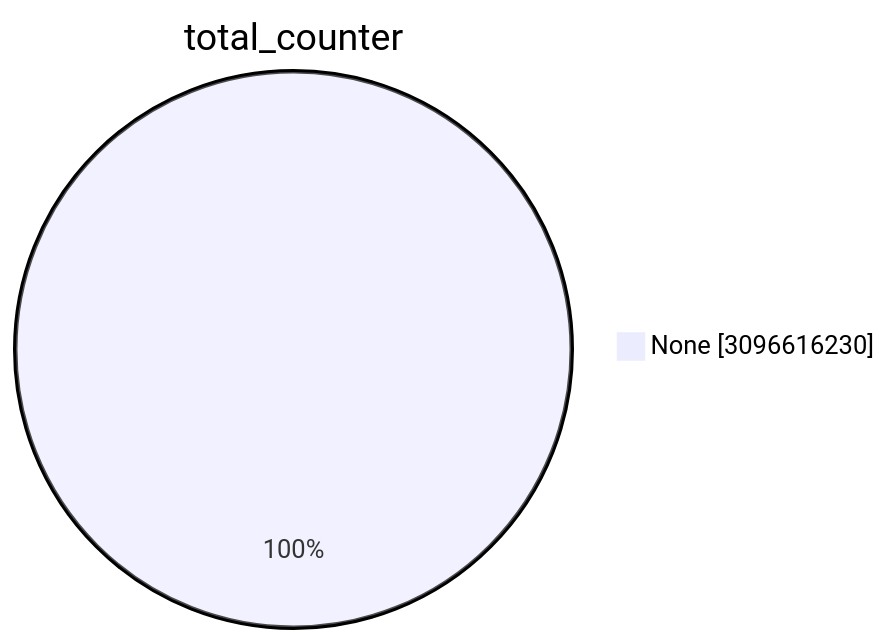
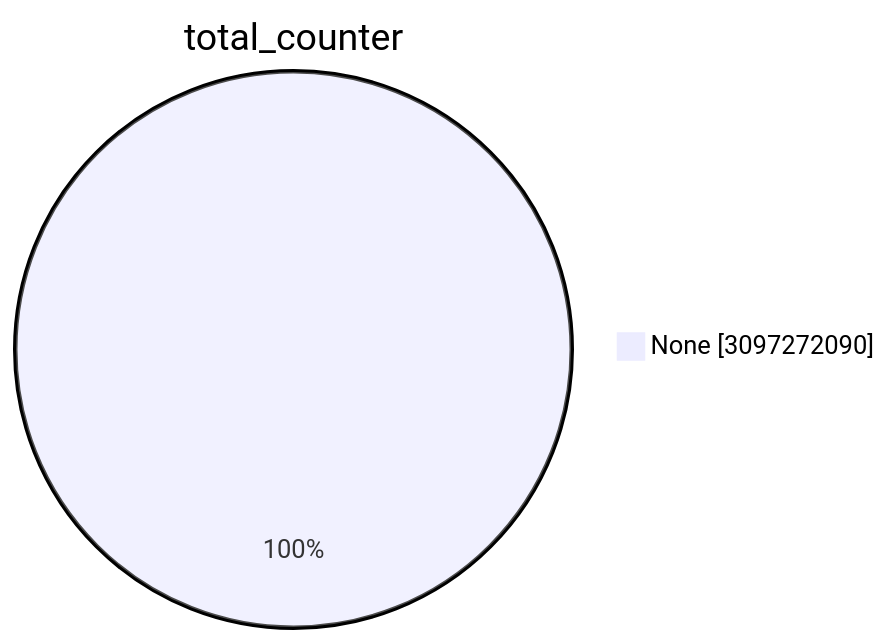
One commit to christiankrug/ctmonitor_visualization changed the first of 15 diagrams in TOTAL/README.md. Above: the diagram before and after it, drawn with Mermaid. The commit also changed other lines of this file, not shown here.

````diff
--- a/TOTAL/README.md
+++ b/TOTAL/README.md
@@ -1,5 +1,5 @@
 ```mermaid
 pie showData
 title total_counter
-"None" :3096616230
+"None" :3097272090
 ```
````
